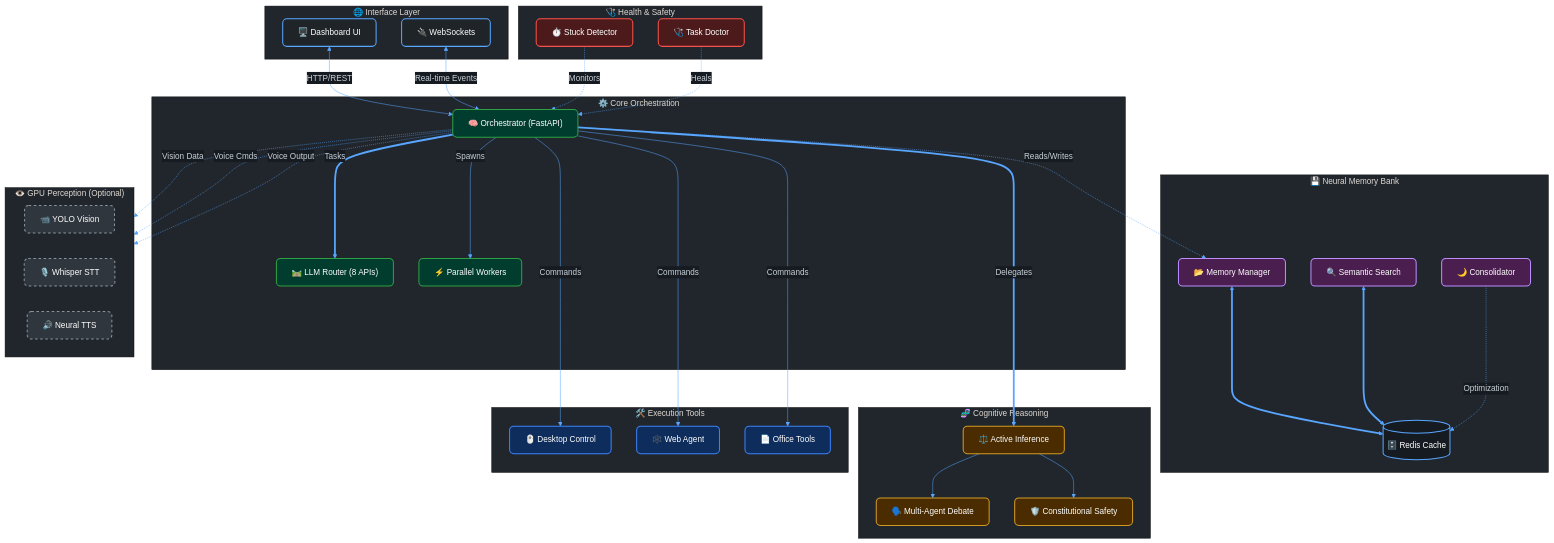
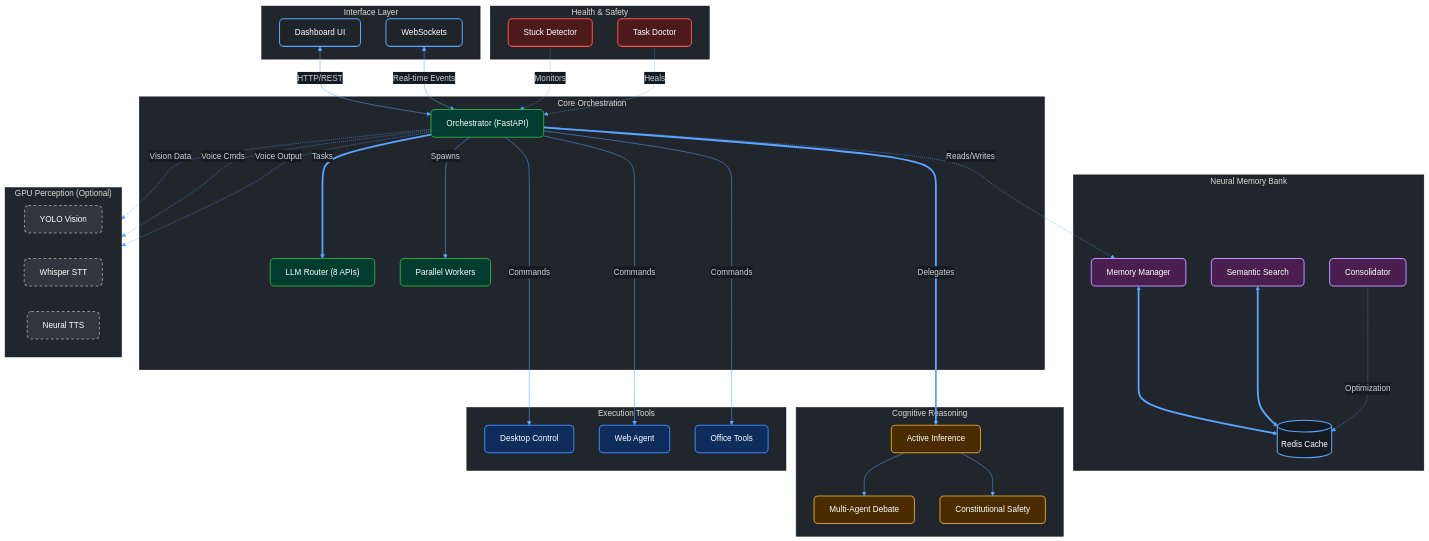
The diagram in README.md (shashankrpatil077-ctrl/xoyo), drawn with Mermaid before and after one commit.

Commit message:
style: Remove emojis from architecture diagram for strict professionalism

```diff
--- a/README.md
+++ b/README.md
@@ -108,46 +108,46 @@
     classDef gpu fill:#2f363d,stroke:#8b949e,stroke-width:2px,stroke-dasharray: 5 5,color:#fff,rx:8,ry:8
     classDef db fill:#161b22,stroke:#58a6ff,stroke-width:2px,color:#fff
 
-    subgraph User["🌐 Interface Layer"]
-        A["🖥️ Dashboard UI"]:::frontend
-        B["🔌 WebSockets"]:::frontend
+    subgraph User["Interface Layer"]
+        A["Dashboard UI"]:::frontend
+        B["WebSockets"]:::frontend
     end
     
-    subgraph CoreSys["⚙️ Core Orchestration"]
-        C["🧠 Orchestrator (FastAPI)"]:::core
-        D["🛤️ LLM Router (8 APIs)"]:::core
-        E["⚡ Parallel Workers"]:::core
+    subgraph CoreSys["Core Orchestration"]
+        C["Orchestrator (FastAPI)"]:::core
+        D["LLM Router (8 APIs)"]:::core
+        E["Parallel Workers"]:::core
     end
     
-    subgraph MemorySys["💾 Neural Memory Bank"]
-        J[("🗄️ Redis Cache")]:::db
-        F["📂 Memory Manager"]:::mem
-        G["🔍 Semantic Search"]:::mem
-        I["🌙 Consolidator"]:::mem
+    subgraph MemorySys["Neural Memory Bank"]
+        J[("Redis Cache")]:::db
+        F["Memory Manager"]:::mem
+        G["Semantic Search"]:::mem
+        I["Consolidator"]:::mem
     end
     
-    subgraph LogicSys["🧬 Cognitive Reasoning"]
-        L["⚖️ Active Inference"]:::reason
-        N["🗣️ Multi-Agent Debate"]:::reason
-        O["🛡️ Constitutional Safety"]:::reason
+    subgraph LogicSys["Cognitive Reasoning"]
+        L["Active Inference"]:::reason
+        N["Multi-Agent Debate"]:::reason
+        O["Constitutional Safety"]:::reason
     end
     
-    subgraph ActionSys["🛠️ Execution Tools"]
-        U["🖱️ Desktop Control"]:::tool
-        V["🕸️ Web Agent"]:::tool
-        W["📄 Office Tools"]:::tool
+    subgraph ActionSys["Execution Tools"]
+        U["Desktop Control"]:::tool
+        V["Web Agent"]:::tool
+        W["Office Tools"]:::tool
     end
     
-    subgraph MonitorSys["🩺 Health & Safety"]
-        Z["⏱️ Stuck Detector"]:::watch
-        AB["🩺 Task Doctor"]:::watch
+    subgraph MonitorSys["Health & Safety"]
+        Z["Stuck Detector"]:::watch
+        AB["Task Doctor"]:::watch
     end
     
-    subgraph Perception["👁️ GPU Perception (Optional)"]
+    subgraph Perception["GPU Perception (Optional)"]
         direction LR
-        Q["📹 YOLO Vision"]:::gpu
-        S["🎙️ Whisper STT"]:::gpu
-        T2["🔊 Neural TTS"]:::gpu
+        Q["YOLO Vision"]:::gpu
+        S["Whisper STT"]:::gpu
+        T2["Neural TTS"]:::gpu
     end
 
     %% Routing
```
